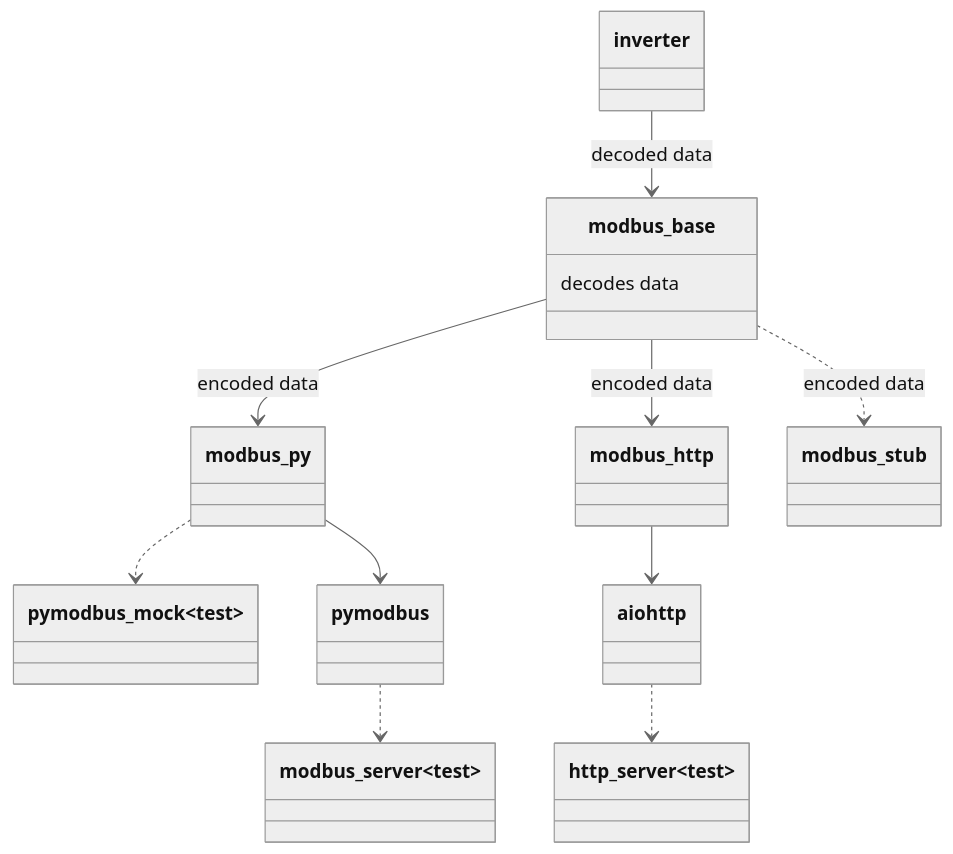
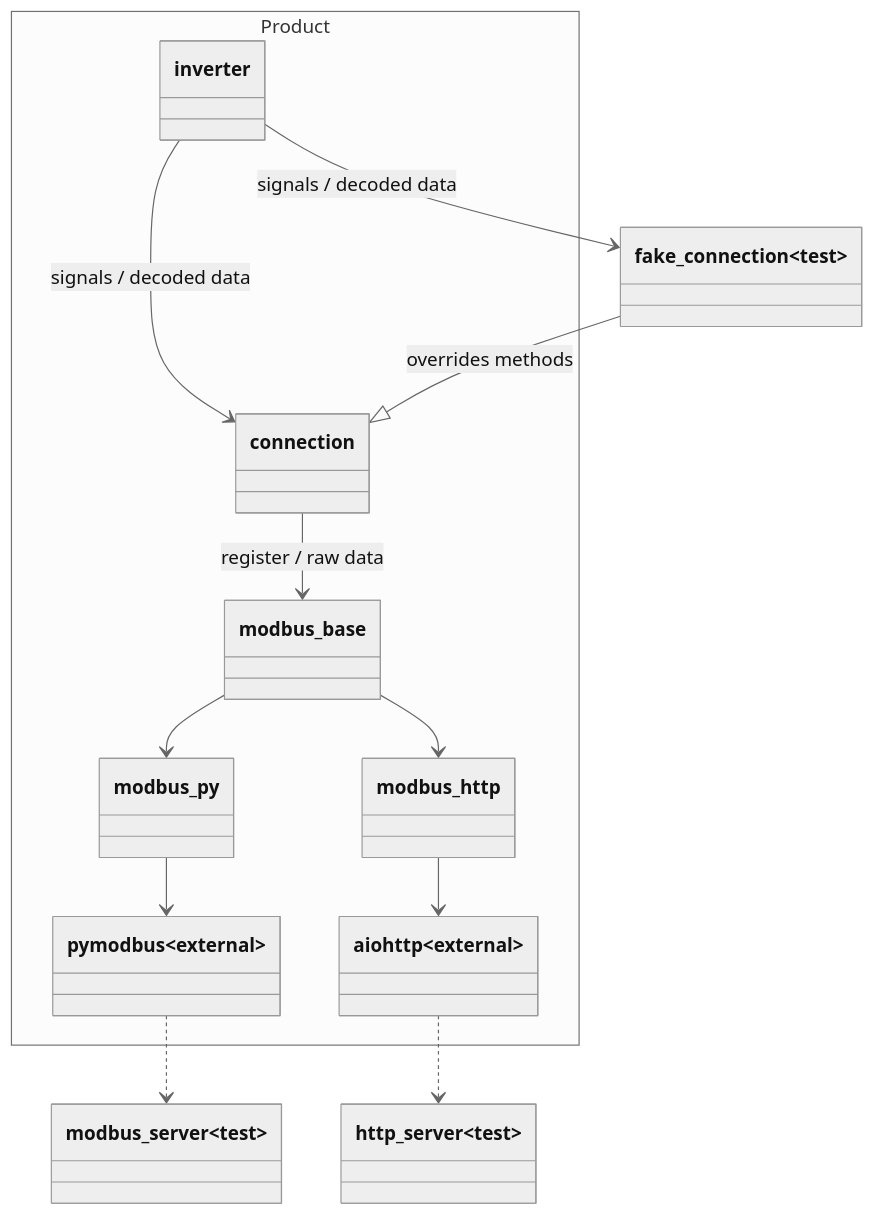
One commit to AlexanderLanin/homeassistant-sungrow changed the diagram in tests/README.md. Above: the diagram before and after it, drawn with Mermaid (neutral theme). The commit also changed 3 other files, not shown here.

````diff
--- a/tests/README.md
+++ b/tests/README.md
@@ -19,19 +19,27 @@
 ```mermaid
 classDiagram
-    class modbus_base {
-        decodes data
+    namespace Product {
+        class inverter
+        class connection
+        class modbus_base
+        class modbus_py
+        class modbus_http
+        class aiohttp~external~
+        class pymodbus~external~
     }
 
-    inverter --> modbus_base : decoded data
-    modbus_base --> modbus_py : encoded data
-    modbus_base --> modbus_http : encoded data
-    modbus_base ..> modbus_stub : encoded data
-    
-    modbus_py ..> pymodbus_mock~test~
+    inverter --> connection : signals / decoded data
+
+    connection --> modbus_base : register / raw data
+    inverter --> fake_connection~test~ : signals / decoded data
+    fake_connection --|> connection : overrides methods
+
+    modbus_base --> modbus_py
+    modbus_base --> modbus_http
 
     modbus_http --> aiohttp
     aiohttp ..> http_server~test~
 
     modbus_py --> pymodbus
     pymodbus ..> modbus_server~test~
 ```
````
